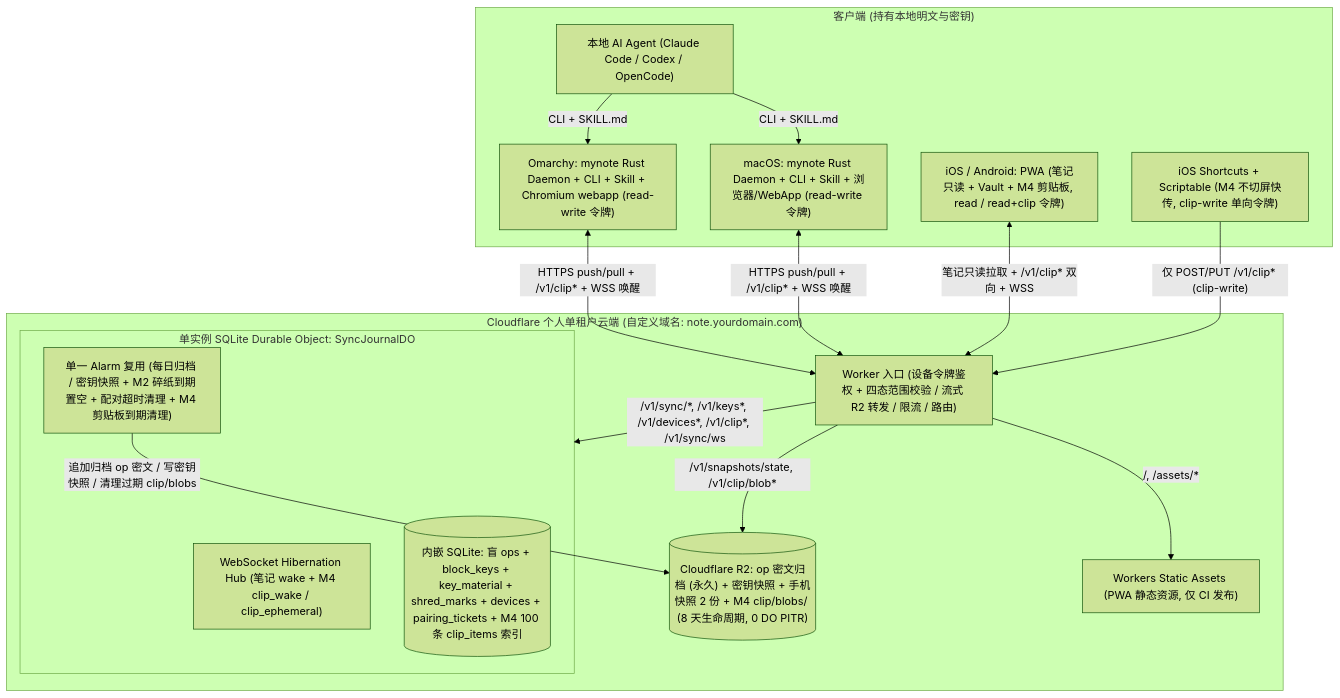
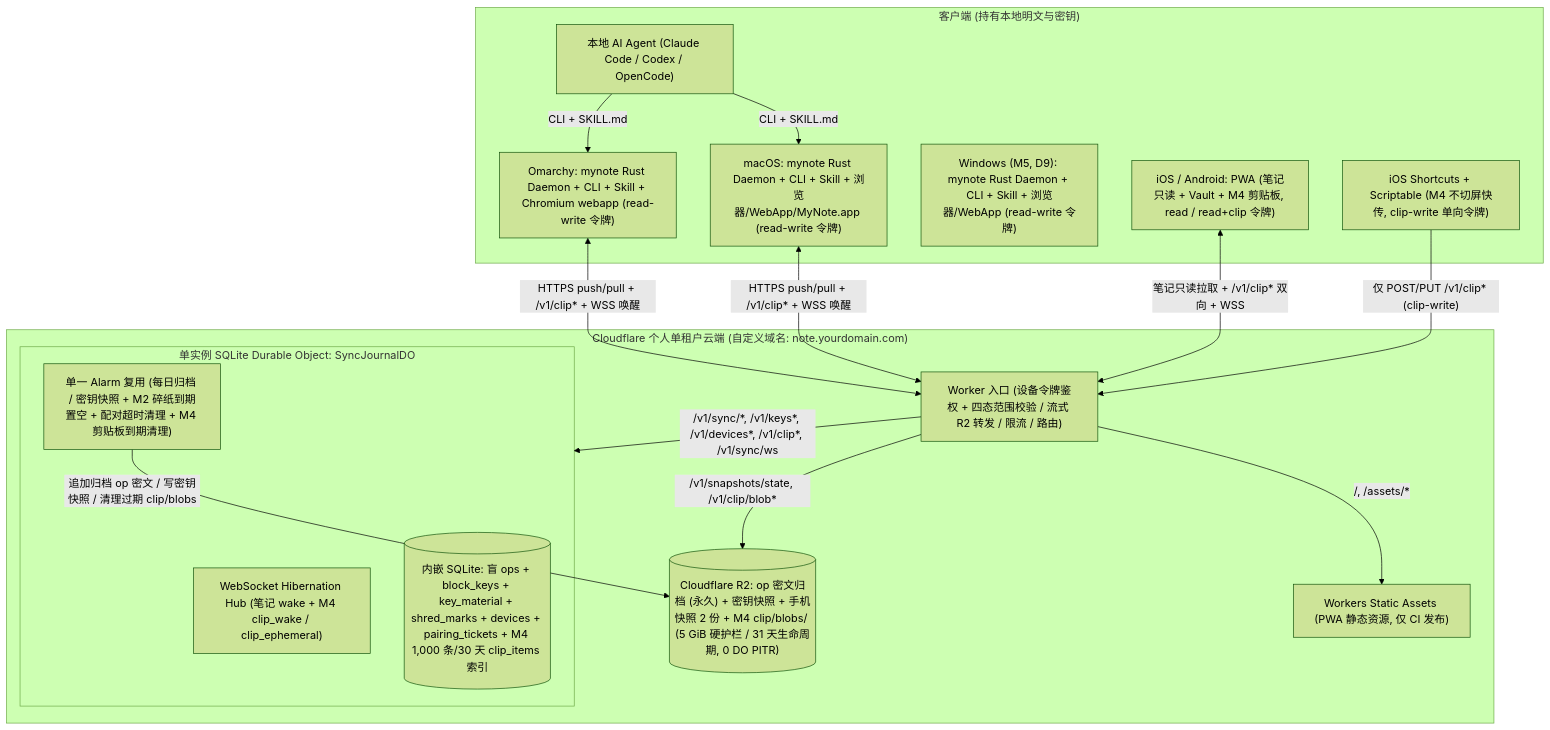
The diagram in docs/cloudflare-cloud-architecture.md (gray0128/my-note), drawn with Mermaid (forest theme) before and after one commit. The commit also changed other lines of this file and 18 other files, not shown here.

````diff
--- a/docs/cloudflare-cloud-architecture.md
+++ b/docs/cloudflare-cloud-architecture.md
@@ -66,35 +66,36 @@
 ```mermaid
 flowchart TD
     subgraph Clients["客户端 (持有本地明文与密钥)"]
-        Mac["macOS: mynote Rust Daemon + CLI + Skill + 浏览器/WebApp (read-write 令牌)"]
+        Mac["macOS: mynote Rust Daemon + CLI + Skill + 浏览器/WebApp/MyNote.app (read-write 令牌)"]
         Linux["Omarchy: mynote Rust Daemon + CLI + Skill + Chromium webapp (read-write 令牌)"]
+        Win["Windows (M5, D9): mynote Rust Daemon + CLI + Skill + 浏览器/WebApp (read-write 令牌)"]
         Phone["iOS / Android: PWA (笔记只读 + Vault + M4 剪贴板, read / read+clip 令牌)"]
         SC["iOS Shortcuts + Scriptable (M4 不切屏快传, clip-write 单向令牌)"]
         Agent["本地 AI Agent (Claude Code / Codex / OpenCode)"]
         Agent -->|"CLI + SKILL.md"| Mac
         Agent -->|"CLI + SKILL.md"| Linux
     end
 
     subgraph CF["Cloudflare 个人单租户云端 (自定义域名: note.yourdomain.com)"]
         Edge["Worker 入口 (设备令牌鉴权 + 四态范围校验 / 流式 R2 转发 / 限流 / 路由)"]
         Assets["Workers Static Assets (PWA 静态资源, 仅 CI 发布)"]
 
         subgraph DO_Box["单实例 SQLite Durable Object: SyncJournalDO"]
             WS["WebSocket Hibernation Hub (笔记 wake + M4 clip_wake / clip_ephemeral)"]
-            SQL[("内嵌 SQLite: 盲 ops + block_keys + key_material + shred_marks + devices + pairing_tickets + M4 100 条 clip_items 索引")]
+            SQL[("内嵌 SQLite: 盲 ops + block_keys + key_material + shred_marks + devices + pairing_tickets + M4 1,000 条/30 天 clip_items 索引")]
             Alarm["单一 Alarm 复用 (每日归档 / 密钥快照 + M2 碎纸到期置空 + 配对超时清理 + M4 剪贴板到期清理)"]
         end
 
-        R2[("Cloudflare R2: op 密文归档 (永久) + 密钥快照 + 手机快照 2 份 + M4 clip/blobs/ (8 天生命周期, 0 DO PITR)")]
+        R2[("Cloudflare R2: op 密文归档 (永久) + 密钥快照 + 手机快照 2 份 + M4 clip/blobs/ (5 GiB 硬护栏 / 31 天生命周期, 0 DO PITR)")]
 
         Edge -->|"/, /assets/*"| Assets
         Edge -->|"/v1/sync/*, /v1/keys*, /v1/devices*, /v1/clip*, /v1/sync/ws"| DO_Box
         Edge -->|"/v1/snapshots/state, /v1/clip/blob*"| R2
         Alarm -->|"追加归档 op 密文 / 写密钥快照 / 清理过期 clip/blobs"| R2
     end
 
     Mac <-->|"HTTPS push/pull + /v1/clip* + WSS 唤醒"| Edge
     Linux <-->|"HTTPS push/pull + /v1/clip* + WSS 唤醒"| Edge
     Phone <-->|"笔记只读拉取 + /v1/clip* 双向 + WSS"| Edge
     SC -->|"仅 POST/PUT /v1/clip* (clip-write)"| Edge
 ```
````
